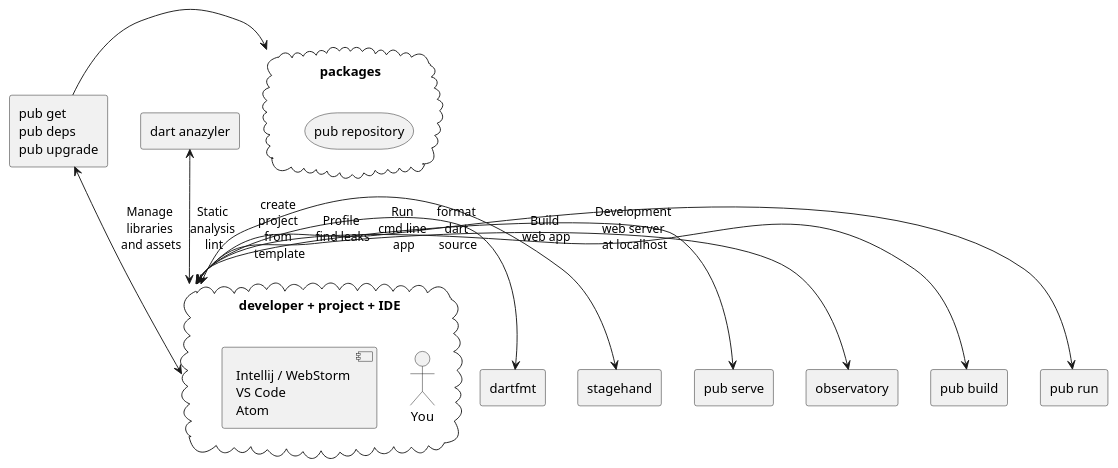
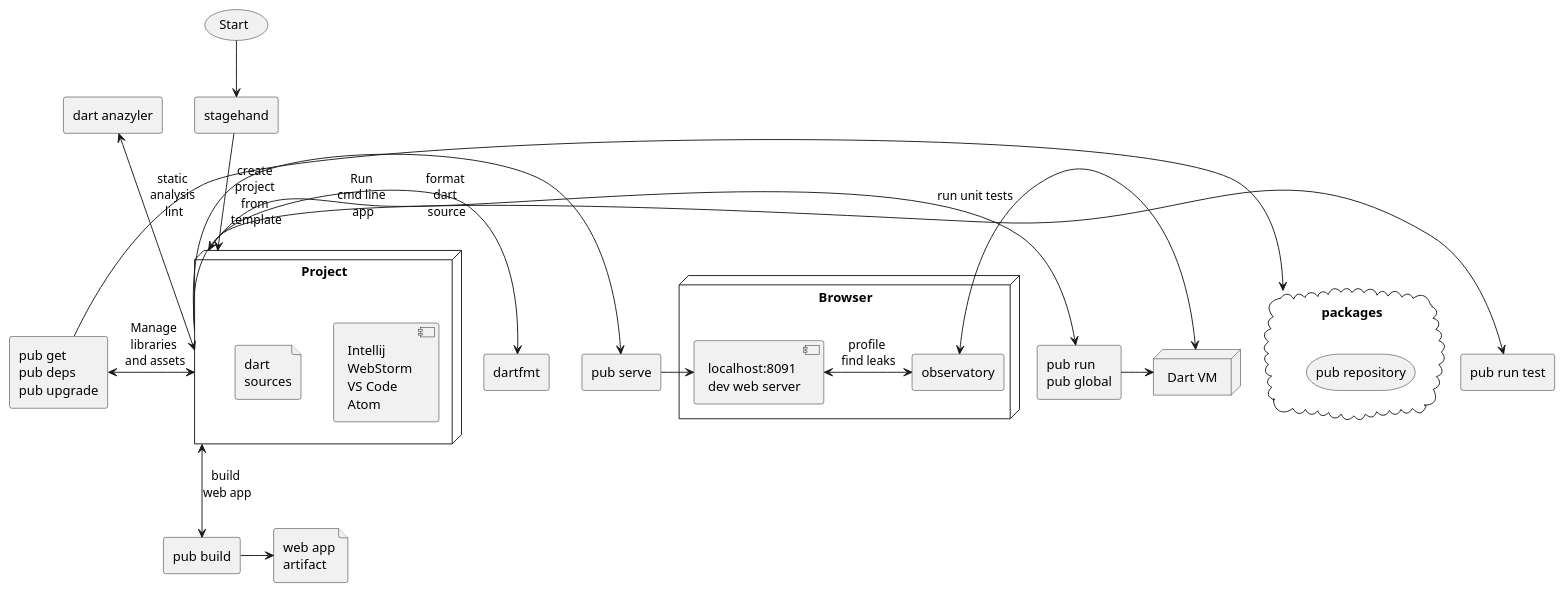
The diagram in development-workflow.puml (dafesimonek/dart-platform-diagrams), drawn with PlantUML before and after one commit.

Commit message:
improved topology, added tests etc

```diff
--- a/development-workflow.puml
+++ b/development-workflow.puml
@@ -1,56 +1,72 @@
 @startuml
 
-cloud "developer + project + IDE" as devProject {
-    actor You
-    component [Intellij / WebStorm \nVS Code \nAtom] [[https://www.dartlang.org/tools#ides]]
+node "Project" as devProject {
+    component [Intellij \nWebStorm \nVS Code \nAtom] [[https://www.dartlang.org/tools#ides]]
+    file "dart \nsources"
 }
 
 cloud "packages" as pubRepo {
     storage "pub repository" [[https://pub.dartlang.org/]]
 }
 
+node Browser {
+    component [localhost:8091 \ndev web server] as devServer
+    agent observatory [[https://dart-lang.github.io/observatory/]]
+}
+
+node "Dart VM" as dartVM
+
 agent "pub get \npub deps\npub upgrade" as pubDependencies [[https://www.dartlang.org/tools/pub]]
+
+usecase "Start" as newProject
 
 agent stagehand [[http://stagehand.pub/]]
 
 agent "dart anazyler" as dartAnazyler [[https://www.dartlang.org/tools/analyzer]]
 
 agent dartfmt [[https://pub.dartlang.org/packages/dart_style]]
 
 agent "pub serve" as pubServe [[https://webdev.dartlang.org/tools/pub/pub-serve]]
 
-agent "pub run" as pubRun [[https://www.dartlang.org/tools/pub/cmd/pub-run]]
+agent "pub run \npub global" as pubRun [[https://www.dartlang.org/tools/pub/cmd/pub-run]]
 
 agent "pub build" as pubBuild [[https://webdev.dartlang.org/tools/pub/pub-build]]
 
-agent observatory [[https://dart-lang.github.io/observatory/]]
+agent "pub run test" as pubTest [[https://pub.dartlang.org/packages/test]]
 
-devProject <-> stagehand: create \nproject \nfrom \ntemplate
+file "web app \nartifact" as webApp
+
+newProject --> stagehand
+devProject <-up- stagehand: create \nproject \nfrom \ntemplate
 devProject <-left-> dartfmt: format \ndart \nsource
-devProject <-> pubServe: Development \nweb server \nat localhost
-devProject <-up-> dartAnazyler: Static \nanalysis \nlint
-devProject <-right-> observatory: Profile \nfind leaks
-devProject <-> pubBuild: Build \nweb app
-devProject <-> pubRun: Run \ncmd line \napp
-devProject <-up-> pubDependencies: Manage \nlibraries \nand assets
-
+devProject -> pubServe
+pubServe -> devServer
+devProject <-up-> dartAnazyler: static \nanalysis \nlint
+devServer <-right-> observatory: profile \nfind leaks
+devProject <--> pubBuild: build \nweb app
+devProject -> pubRun: Run \ncmd line \napp
+devProject <-left-> pubDependencies: Manage \nlibraries \nand assets
+pubBuild -> webApp
 pubRepo <- pubDependencies
+pubRun -> dartVM
+observatory <-> dartVM
+devProject -> pubTest: run unit tests
 
 'User -> (Start)
 'User --> (Analyze)
 '
 'Admin ---> (Analyze)
 '
 'note right of Admin : This is an example.
 '
 'note right of (Analyze)
 'A note can also
 'be on several lines
 'end note
 '
 'note "This note is connected\nto several objects." as N2
 '(Start) .. N2
 'N2 .. (Use)
 '
 
 @enduml
```
